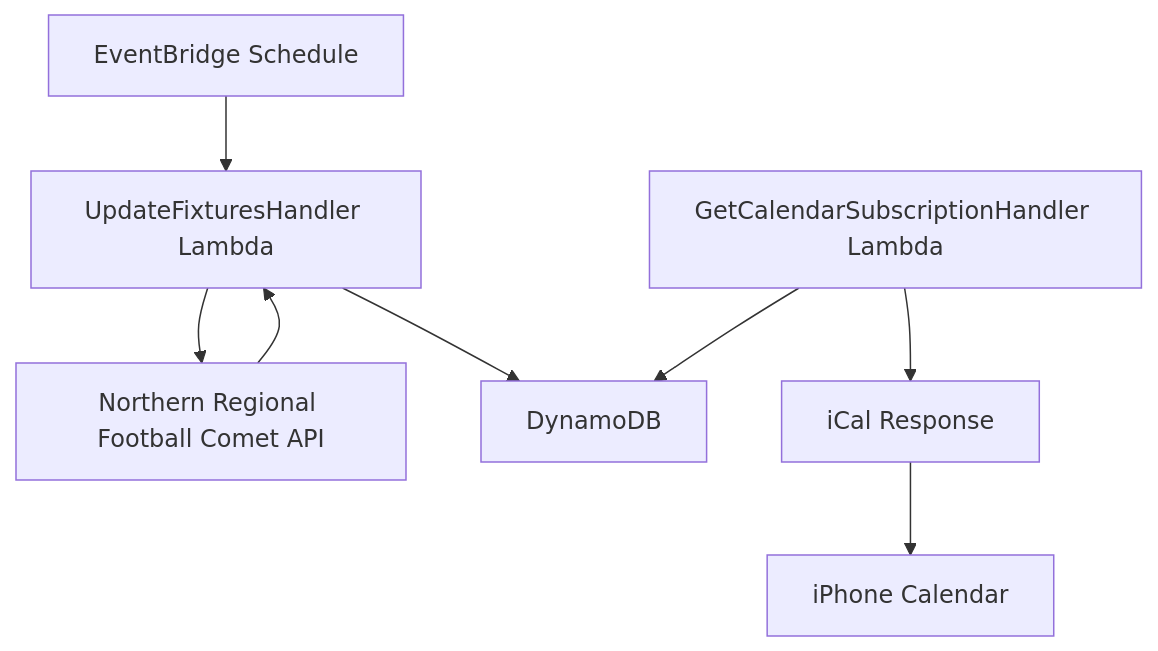
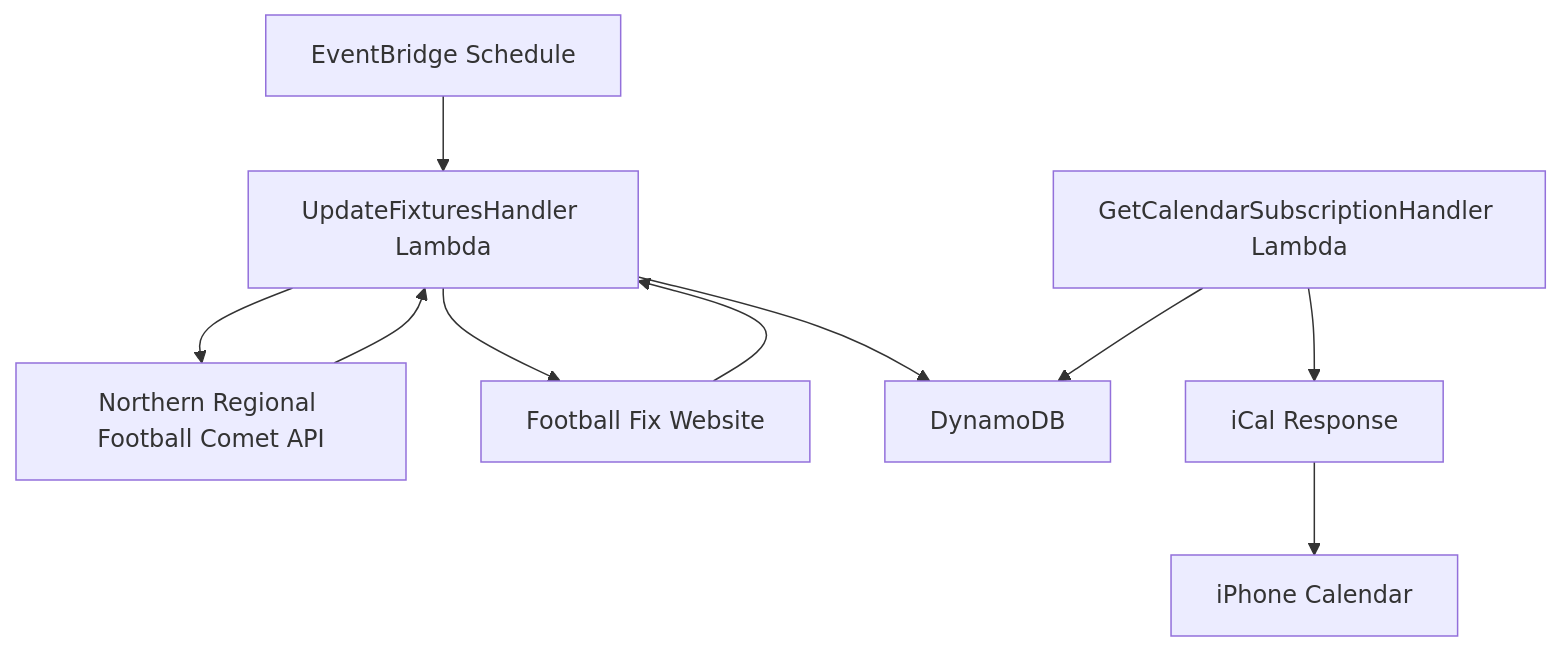
The diagram in football_calendar_api/README.md (jordansimsmith/jordansimsmith-com), drawn with Mermaid before and after one commit. The commit also changed other lines of this file and 16 other files, not shown here.

````diff
--- a/football_calendar_api/README.md
+++ b/football_calendar_api/README.md
@@ -7,10 +7,12 @@
 ```mermaid
 graph TD
   A[EventBridge Schedule] --> B[UpdateFixturesHandler Lambda]
   B --> C[Northern Regional Football Comet API]
   C --> B
+  B --> H[Football Fix Website]
+  H --> B
   B --> D[DynamoDB]
   E[GetCalendarSubscriptionHandler Lambda] --> D
   E --> F[iCal Response]
   F --> G[iPhone Calendar]
 ```
````
